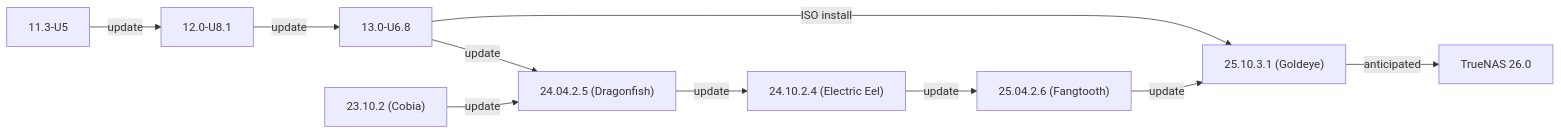
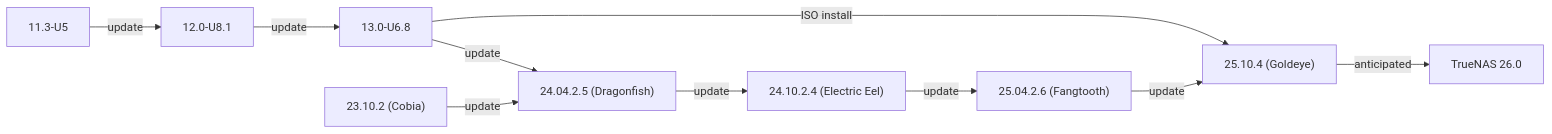
The second of 2 diagrams in static/includes/SCALEUpgradePaths.md (truenas/documentation), drawn with Mermaid before and after one commit. The commit also changed other lines of this file, not shown here.

```diff
--- a/static/includes/SCALEUpgradePaths.md
+++ b/static/includes/SCALEUpgradePaths.md
@@ -53,13 +53,13 @@
             {{< mermaid class="mermaid_sizing" >}}
             flowchart LR
               A["11.3-U5"] -->|update| B
               B["12.0-U8.1"] -->|update| C
               C["13.0-U6.8"] -->|ISO install| H
               C -->|update| E
               D["23.10.2 (Cobia)"] -->|update| E
               E["24.04.2.5 (Dragonfish)"]  -->|update| F
               F["24.10.2.4 (Electric Eel)"] -->|update| G
               G["25.04.2.6 (Fangtooth)"] -->|update| H
-              H["25.10.3.1 (Goldeye)"] -->|"anticipated"| I
+              H["25.10.4 (Goldeye)"] -->|"anticipated"| I
               I["TrueNAS 26.0"]
             {{< /mermaid >}}
```
